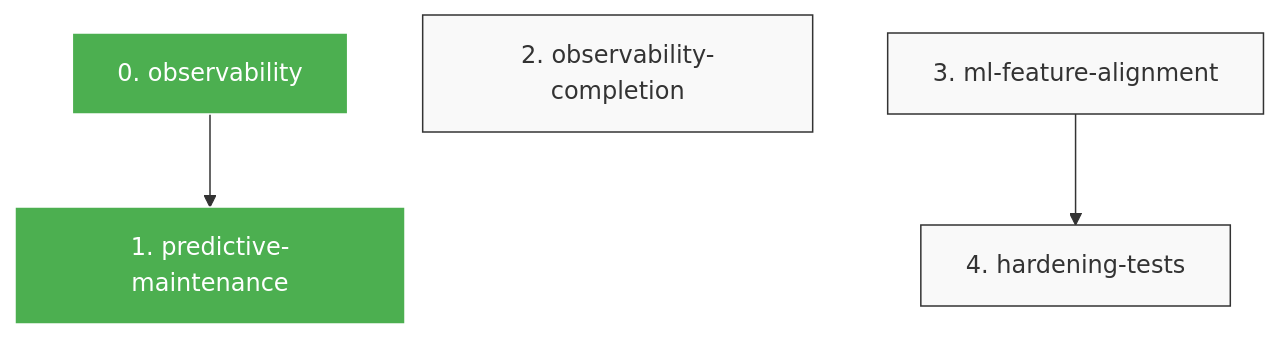
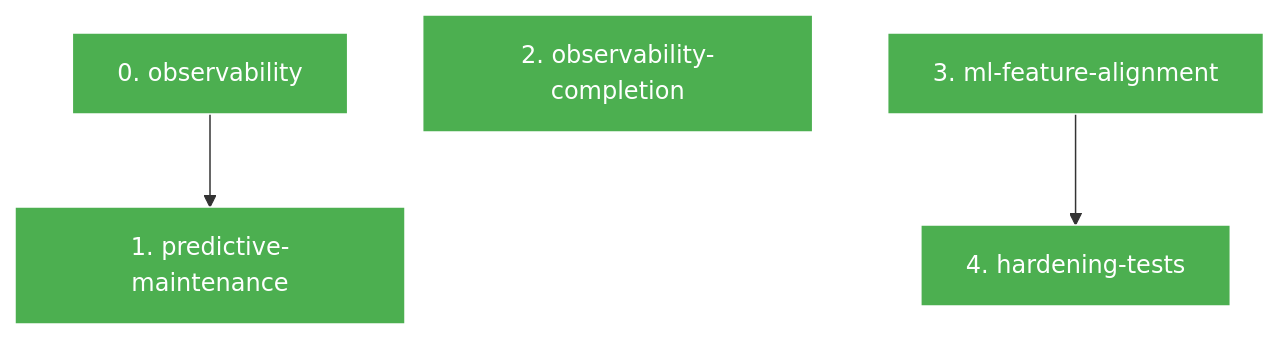
One commit to masondev1024/robot-data-pipeline changed the diagram in phases/5-hardening/DAG.md. Above: the diagram before and after it, drawn with Mermaid. The commit also changed 4 other files, not shown here.

````diff
--- a/phases/5-hardening/DAG.md
+++ b/phases/5-hardening/DAG.md
@@ -3,19 +3,19 @@
 ```mermaid
 graph TD
   classDef completed fill:#4CAF50,stroke:#fff,color:#fff;
   classDef pending fill:#f9f9f9,stroke:#333;
   classDef error fill:#f44336,stroke:#fff,color:#fff;
   classDef blocked fill:#FF9800,stroke:#fff,color:#fff;
   S0["0. observability"]
   class S0 completed;
   S1["1. predictive-maintenance"]
   class S1 completed;
   S0 --> S1
   S2["2. observability-completion"]
-  class S2 pending;
+  class S2 completed;
   S3["3. ml-feature-alignment"]
-  class S3 pending;
+  class S3 completed;
   S4["4. hardening-tests"]
-  class S4 pending;
+  class S4 completed;
   S3 --> S4
 ```
````
